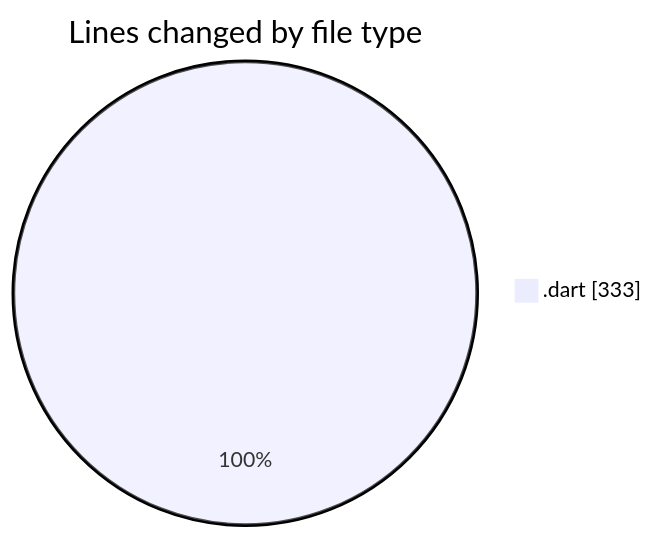
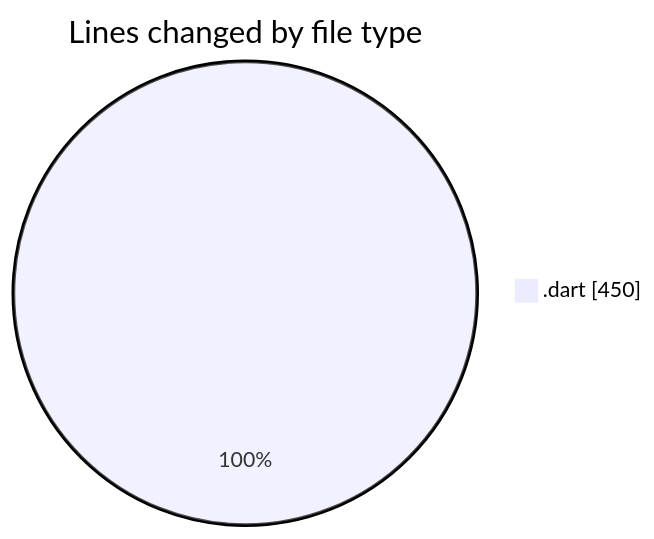
Before and after one commit to donsfak/code-tracking: the first of 2 diagrams in 2025-01-14/trackers_app/README.md, drawn with Mermaid. The commit also changed other lines of this file and 1 other file, not shown here.

````diff
--- a/2025-01-14/trackers_app/README.md
+++ b/2025-01-14/trackers_app/README.md
@@ -25,5 +26,5 @@
 ```mermaid
 pie showData
 title Lines changed by file type
-".dart" : 333
+".dart" : 450
 ```
````
